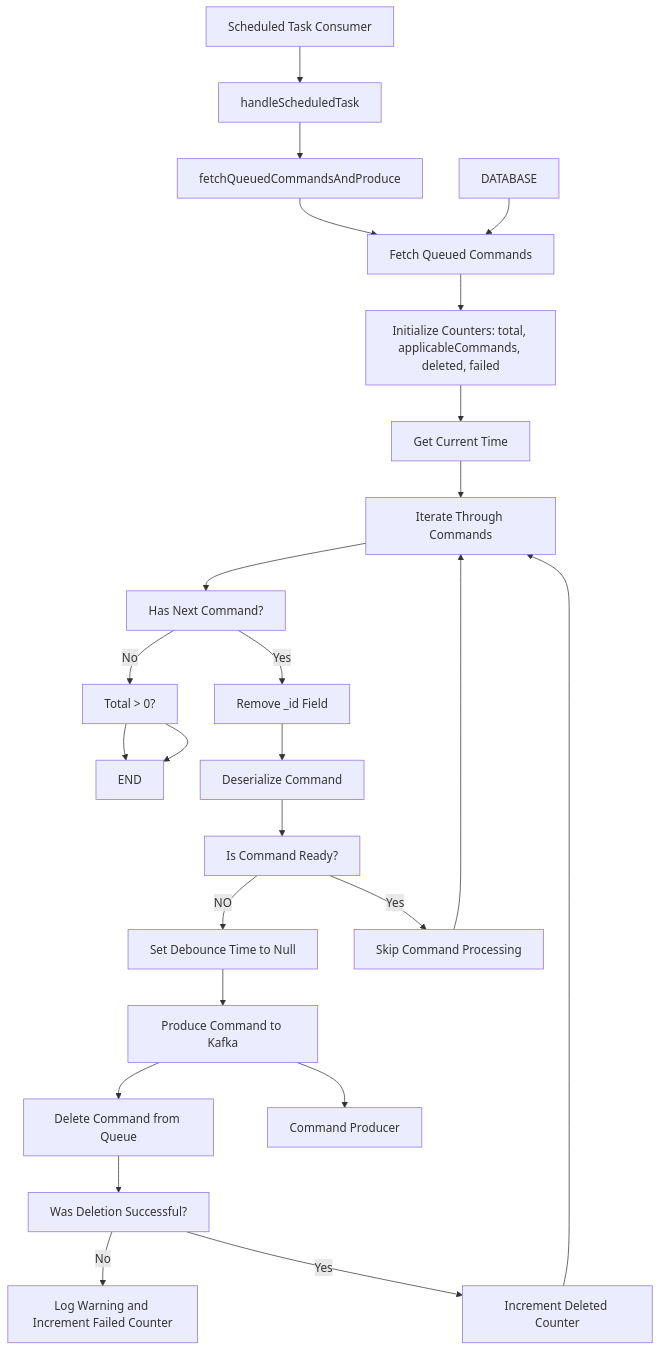
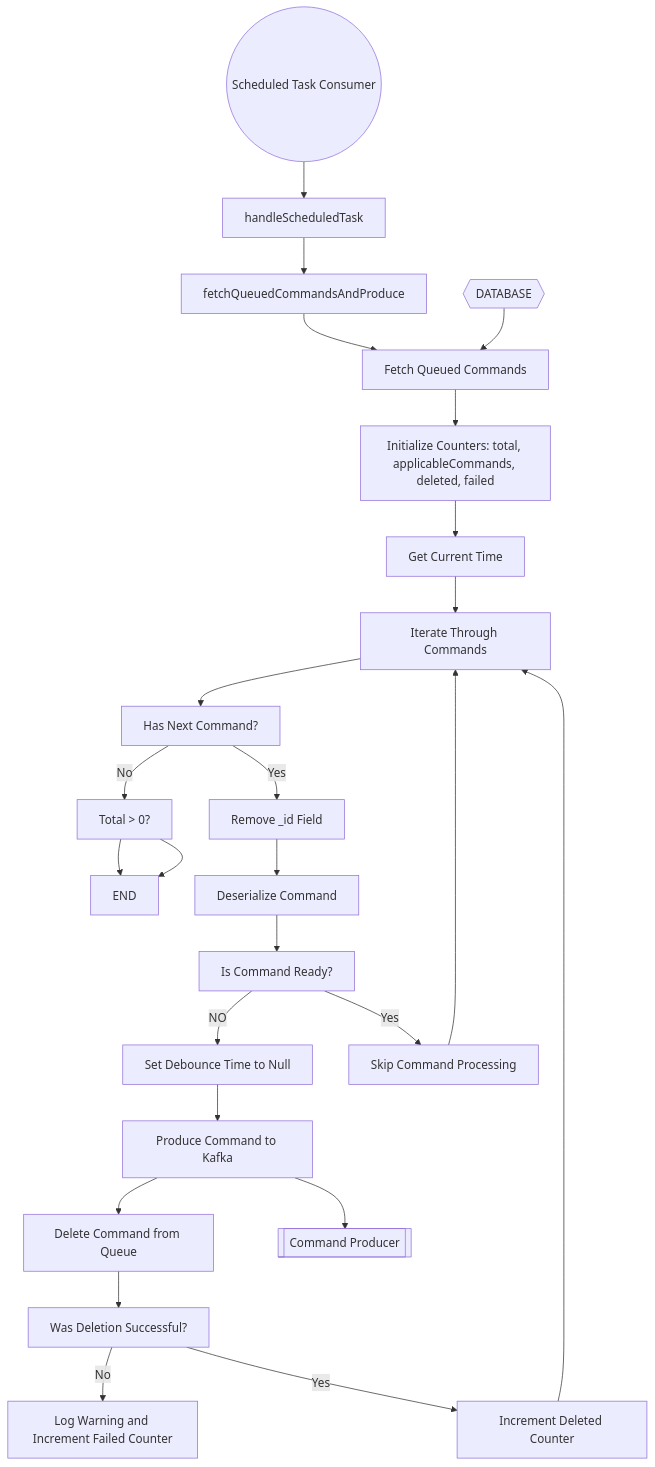
Before and after one commit to SahilAggarwall/NewJourney: the third of 3 diagrams in NewFC.md, drawn with Mermaid. The commit also changed other lines of this file, not shown here.

````diff
--- a/NewFC.md
+++ b/NewFC.md
@@ -122,12 +122,12 @@
 ```mermaid
    flowchart
-   STC[Scheduled Task Consumer] --> Q[handleScheduledTask] --> Q1[fetchQueuedCommandsAndProduce] --> Q2[Fetch Queued Commands] --> Q3[Initialize Counters: total, applicableCommands, deleted, failed] --> Q4[Get Current Time] --> Q5[Iterate Through Commands] --> Q6[Has Next Command?]
-   DB[DATABASE] --> Q2
+   STC((Scheduled Task Consumer)) --> Q[handleScheduledTask] --> Q1[fetchQueuedCommandsAndProduce] --> Q2[Fetch Queued Commands] --> Q3[Initialize Counters: total, applicableCommands, deleted, failed] --> Q4[Get Current Time] --> Q5[Iterate Through Commands] --> Q6[Has Next Command?]
+   DB{{DATABASE}} --> Q2
    Q6 -- Yes --> Q7[Remove _id Field]
    Q6 -- No --> Q8[Total > 0?] --> Q9[Log Summary: Total, Expired, Updated, Failed]
    Q8 --> Q9[END]
    Q7 --> Q10[Deserialize Command] --> Q11[Is Command Ready?] -- NO --> Q12[Set Debounce Time to Null] --> Q13[Produce Command to Kafka] --> Q14[Delete Command from Queue] --> Q15[Was Deletion Successful?] -- No --> Q18[Log Warning and Increment Failed Counter]
    Q15 -- Yes --> Q16[Increment Deleted Counter] --> Q5
    Q11 -- Yes --> Q17[Skip Command Processing] --> Q5
-   Q13 --> CP[Command Producer]
+   Q13 --> CP[[Command Producer]]
 ```
````
